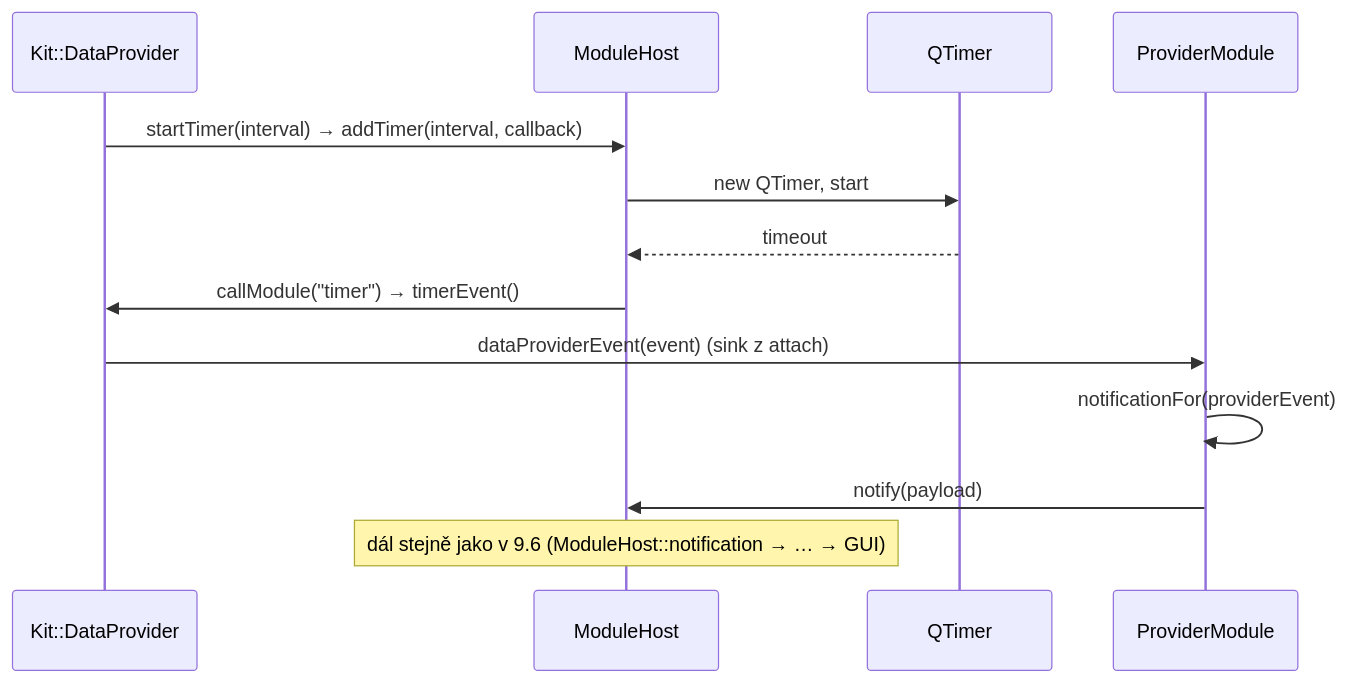
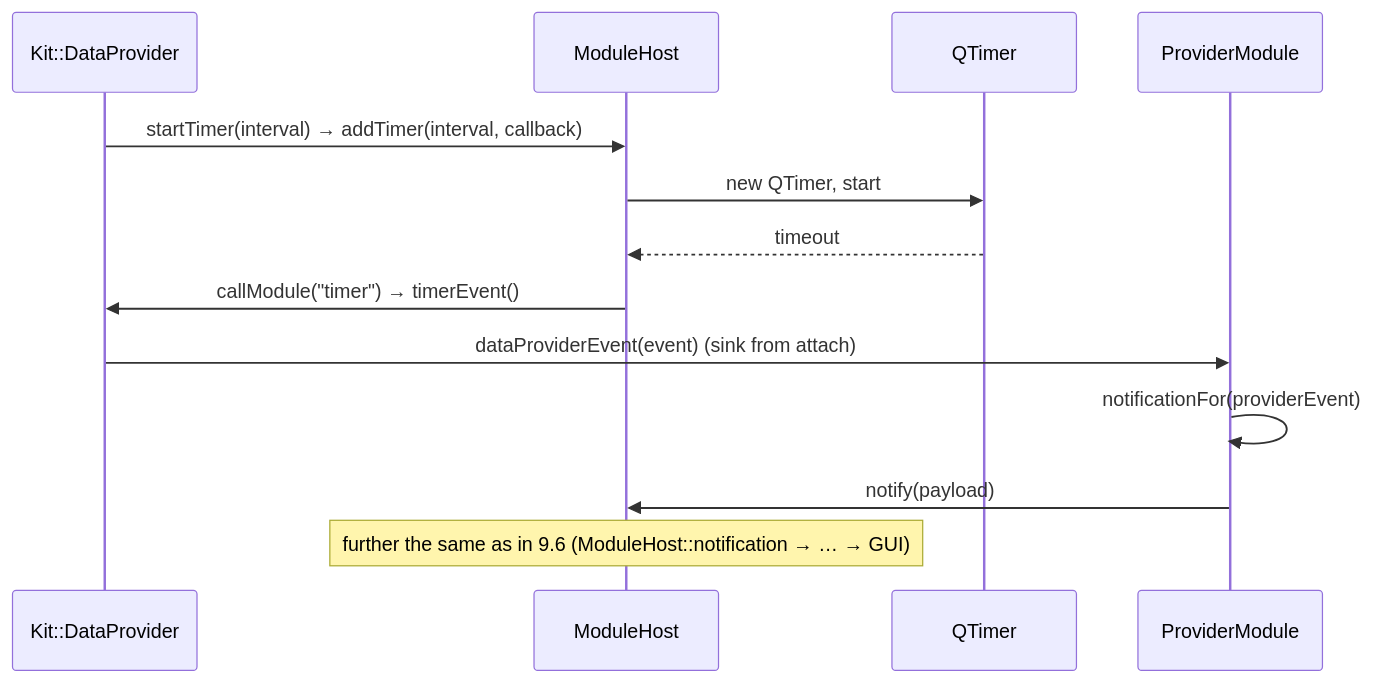
One commit to bolekjar/lenovo-legion-linux-toolkit changed the sixth of 7 diagrams in LenovoLegion/LenovoLegion-Daemon/ModulesDesign.md. Above: the diagram before and after it, drawn with Mermaid. The commit also changed other lines of this file and 2 other files, not shown here.

````diff
--- a/LenovoLegion/LenovoLegion-Daemon/ModulesDesign.md
+++ b/LenovoLegion/LenovoLegion-Daemon/ModulesDesign.md
@@ -931,16 +931,16 @@
 ```mermaid
 sequenceDiagram
     participant P as Kit::DataProvider
     participant H as ModuleHost
     participant T as QTimer
     participant M as ProviderModule
 
     P->>H: startTimer(interval) → addTimer(interval, callback)
     H->>T: new QTimer, start
     T-->>H: timeout
     H->>P: callModule("timer") → timerEvent()
-    P->>M: dataProviderEvent(event) (sink z attach)
+    P->>M: dataProviderEvent(event) (sink from attach)
     M->>M: notificationFor(providerEvent)
     M->>H: notify(payload)
-    Note over H: dál stejně jako v 9.6 (ModuleHost::notification → … → GUI)
+    Note over H: further the same as in 9.6 (ModuleHost::notification → … → GUI)
 ```
````
